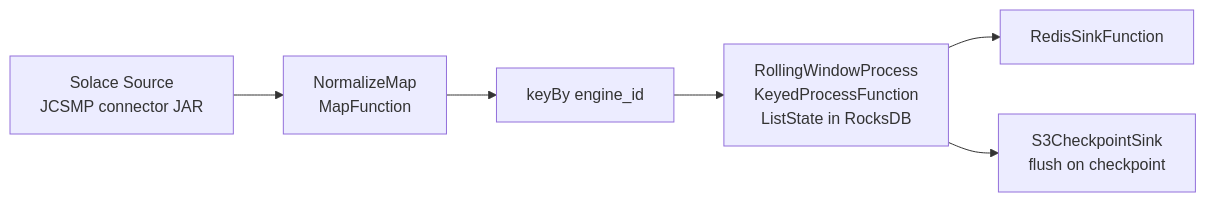
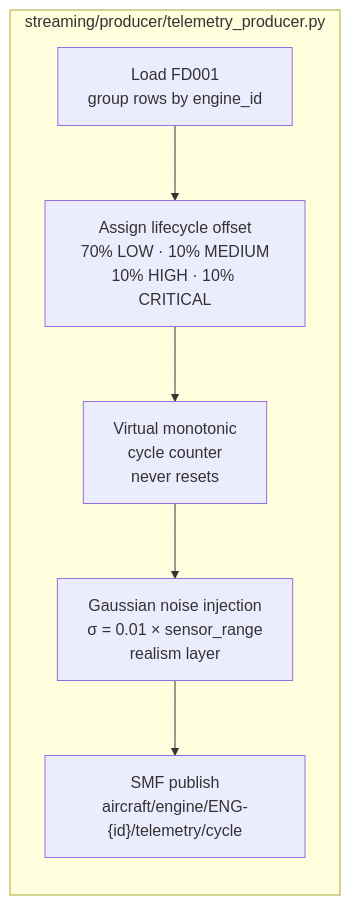
The third of 13 diagrams in docs/06_streaming_pipeline.md (nasim-raj-laskar/Real-Time-Aircraft-Engine-Predictive-Maintenance-System), drawn with Mermaid before and after one commit. The commit also changed other lines of this file, not shown here.

Commit message:
Streaming Pipeline Architecture Updated

````diff
--- a/docs/06_streaming_pipeline.md
+++ b/docs/06_streaming_pipeline.md
@@ -154,4 +113,12 @@
 ```mermaid
 flowchart LR
-    SRC["Solace Source\nJCSMP connector JAR"] --> MAP["NormalizeMap\nMapFunction"] --> KEY["keyBy engine_id"] --> PROC["RollingWindowProcess\nKeyedProcessFunction\nListState in RocksDB"] --> SINK1["RedisSinkFunction"] & SINK2["S3CheckpointSink\nflush on checkpoint"]
+    subgraph Producer["streaming/producer/telemetry_producer.py"]
+        LOAD["Load FD001\ngroup rows by engine_id"]
+        OFFSET["Assign lifecycle offset\n70% LOW · 10% MEDIUM\n10% HIGH · 10% CRITICAL"]
+        CYCLE["Virtual monotonic\ncycle counter\nnever resets"]
+        NOISE["Gaussian noise injection\nσ = 0.01 × sensor_range\nrealism layer"]
+        PUB["SMF publish\naircraft/engine/ENG-{id}/telemetry/cycle"]
+    end
+
+    LOAD --> OFFSET --> CYCLE --> NOISE --> PUB
 ```
````
